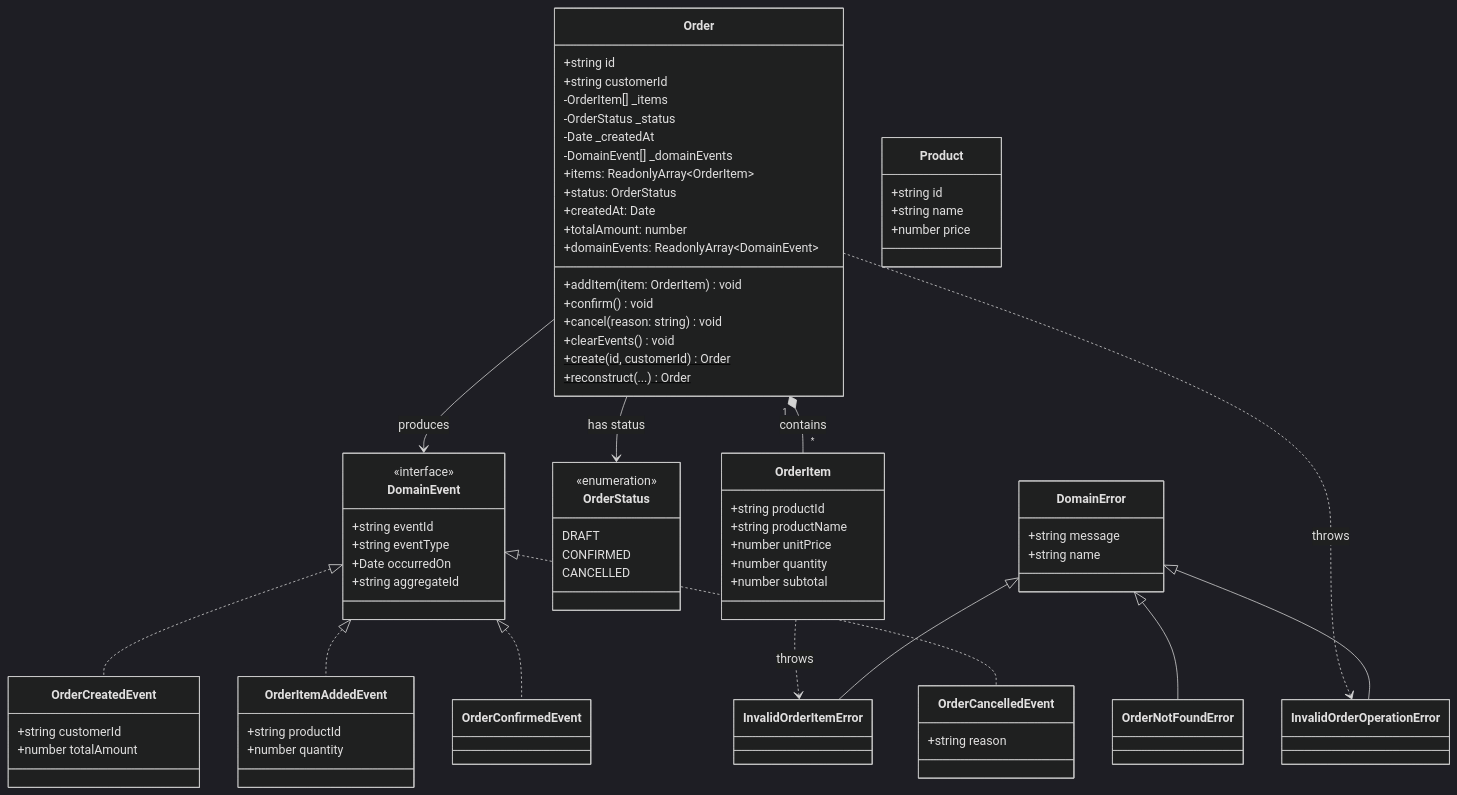
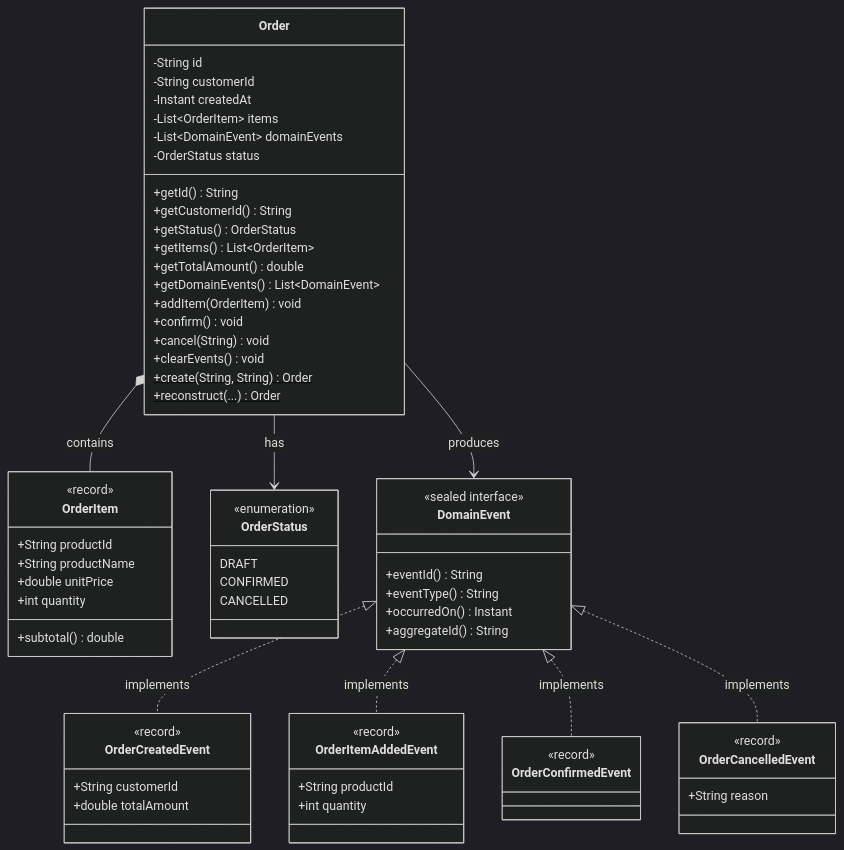
The third of 14 diagrams in README.md (ChunPingWang/solid-hexagonal-cqrs-tutorial), drawn with Mermaid (dark theme) before and after one commit. The commit also changed other lines of this file and 89 other files, not shown here.

````diff
--- a/README.md
+++ b/README.md
@@ -223,37 +176,33 @@
 ```mermaid
 classDiagram
     class Order {
-        +string id
-        +string customerId
-        -OrderItem[] _items
-        -OrderStatus _status
-        -Date _createdAt
-        -DomainEvent[] _domainEvents
-        +items: ReadonlyArray~OrderItem~
-        +status: OrderStatus
-        +createdAt: Date
-        +totalAmount: number
-        +domainEvents: ReadonlyArray~DomainEvent~
-        +addItem(item: OrderItem) void
+        -String id
+        -String customerId
+        -Instant createdAt
+        -List~OrderItem~ items
+        -List~DomainEvent~ domainEvents
+        -OrderStatus status
+        +getId() String
+        +getCustomerId() String
+        +getStatus() OrderStatus
+        +getItems() List~OrderItem~
+        +getTotalAmount() double
+        +getDomainEvents() List~DomainEvent~
+        +addItem(OrderItem) void
         +confirm() void
-        +cancel(reason: string) void
+        +cancel(String) void
         +clearEvents() void
-        +create(id, customerId)$ Order
+        +create(String, String)$ Order
         +reconstruct(...)$ Order
     }
 
     class OrderItem {
-        +string productId
-        +string productName
-        +number unitPrice
-        +number quantity
-        +number subtotal
-    }
-
-    class Product {
-        +string id
-        +string name
-        +number price
+        <<record>>
+        +String productId
+        +String productName
+        +double unitPrice
+        +int quantity
+        +subtotal() double
     }
 
     class OrderStatus {
@@ -264,52 +213,39 @@
     }
 
     class DomainEvent {
-        <<interface>>
-        +string eventId
-        +string eventType
-        +Date occurredOn
-        +string aggregateId
+        <<sealed interface>>
+        +eventId() String
+        +eventType() String
+        +occurredOn() Instant
+        +aggregateId() String
     }
 
     class OrderCreatedEvent {
-        +string customerId
-        +number totalAmount
+        <<record>>
+        +String customerId
+        +double totalAmount
     }
 
     class OrderItemAddedEvent {
-        +string productId
-        +number quantity
+        <<record>>
+        +String productId
+        +int quantity
     }
 
     class OrderConfirmedEvent {
+        <<record>>
     }
 
     class OrderCancelledEvent {
-        +string reason
+        <<record>>
+        +String reason
     }
 
-    class DomainError {
-        +string message
-        +string name
-    }
-
-    class OrderNotFoundError
-    class InvalidOrderOperationError
-    class InvalidOrderItemError
-
-    Order "1" *-- "*" OrderItem : contains
-    Order --> OrderStatus : has status
+    Order *-- OrderItem : contains
+    Order --> OrderStatus : has
     Order --> DomainEvent : produces
-
-    DomainEvent <|.. OrderCreatedEvent
-    DomainEvent <|.. OrderItemAddedEvent
-    DomainEvent <|.. OrderConfirmedEvent
-    DomainEvent <|.. OrderCancelledEvent
-
-    DomainError <|-- OrderNotFoundError
-    DomainError <|-- InvalidOrderOperationError
-    DomainError <|-- InvalidOrderItemError
-
-    Order ..> InvalidOrderOperationError : throws
-    OrderItem ..> InvalidOrderItemError : throws
+    DomainEvent <|.. OrderCreatedEvent : implements
+    DomainEvent <|.. OrderItemAddedEvent : implements
+    DomainEvent <|.. OrderConfirmedEvent : implements
+    DomainEvent <|.. OrderCancelledEvent : implements
 ```
````
